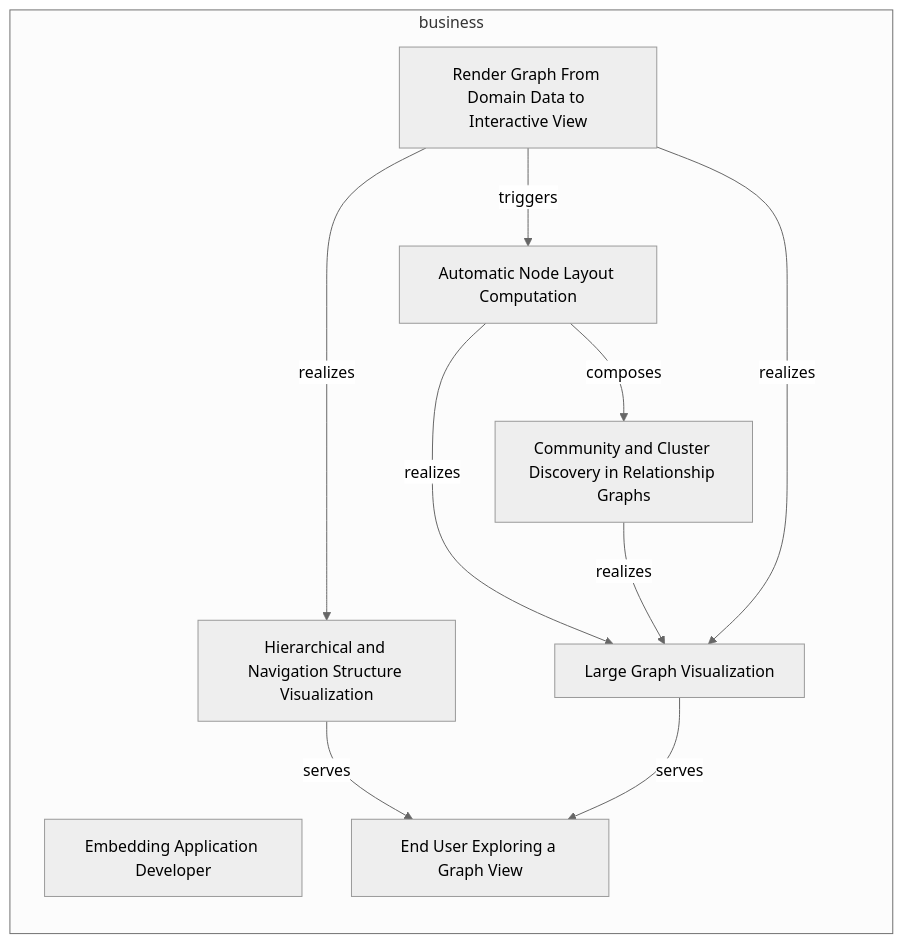
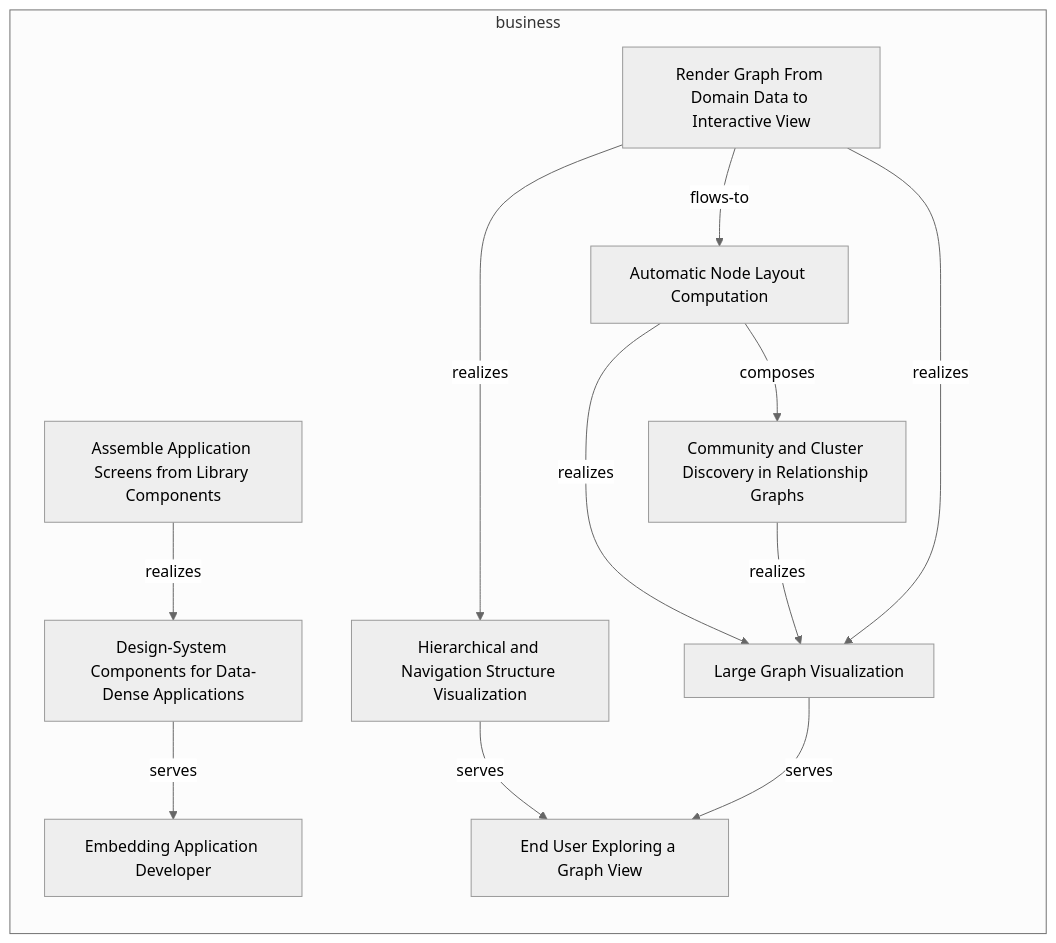
The first of 2 diagrams in documentation-robotics/reports/02-business-layer-report.md (tinkermonkey/heimdall), drawn with Mermaid (neutral theme) before and after one commit. The commit also changed other lines of this file and 41 other files, not shown here.

````diff
--- a/documentation-robotics/reports/02-business-layer-report.md
+++ b/documentation-robotics/reports/02-business-layer-report.md
@@ -32,20 +32,24 @@
 ```mermaid
 flowchart LR
   subgraph business
     business_businessactor_embedding_application_developer["Embedding Application Developer"]
     business_businessactor_end_user_exploring_a_graph_view["End User Exploring a Graph View"]
+    business_businessfunction_assemble_application_screens_from_library_components["Assemble Application Screens from Library Components"]
     business_businessfunction_automatic_node_layout_computation["Automatic Node Layout Computation"]
     business_businessfunction_community_and_cluster_discovery_in_relationship_graphs["Community and Cluster Discovery in Relationship Graphs"]
     business_businessprocess_render_graph_from_domain_data_to_interactive_view["Render Graph From Domain Data to Interactive View"]
+    business_businessservice_design_system_components_for_data_dense_applications["Design-System Components for Data-Dense Applications"]
     business_businessservice_hierarchical_and_navigation_structure_visualization["Hierarchical and Navigation Structure Visualization"]
     business_businessservice_large_graph_visualization["Large Graph Visualization"]
+    business_businessfunction_assemble_application_screens_from_library_components -->|realizes| business_businessservice_design_system_components_for_data_dense_applications
     business_businessfunction_automatic_node_layout_computation -->|composes| business_businessfunction_community_and_cluster_discovery_in_relationship_graphs
     business_businessfunction_automatic_node_layout_computation -->|realizes| business_businessservice_large_graph_visualization
     business_businessfunction_community_and_cluster_discovery_in_relationship_graphs -->|realizes| business_businessservice_large_graph_visualization
+    business_businessprocess_render_graph_from_domain_data_to_interactive_view -->|flows-to| business_businessfunction_automatic_node_layout_computation
     business_businessprocess_render_graph_from_domain_data_to_interactive_view -->|realizes| business_businessservice_hierarchical_and_navigation_structure_visualization
     business_businessprocess_render_graph_from_domain_data_to_interactive_view -->|realizes| business_businessservice_large_graph_visualization
-    business_businessprocess_render_graph_from_domain_data_to_interactive_view -->|triggers| business_businessfunction_automatic_node_layout_computation
+    business_businessservice_design_system_components_for_data_dense_applications -->|serves| business_businessactor_embedding_application_developer
     business_businessservice_hierarchical_and_navigation_structure_visualization -->|serves| business_businessactor_end_user_exploring_a_graph_view
     business_businessservice_large_graph_visualization -->|serves| business_businessactor_end_user_exploring_a_graph_view
   end
 ```
````
